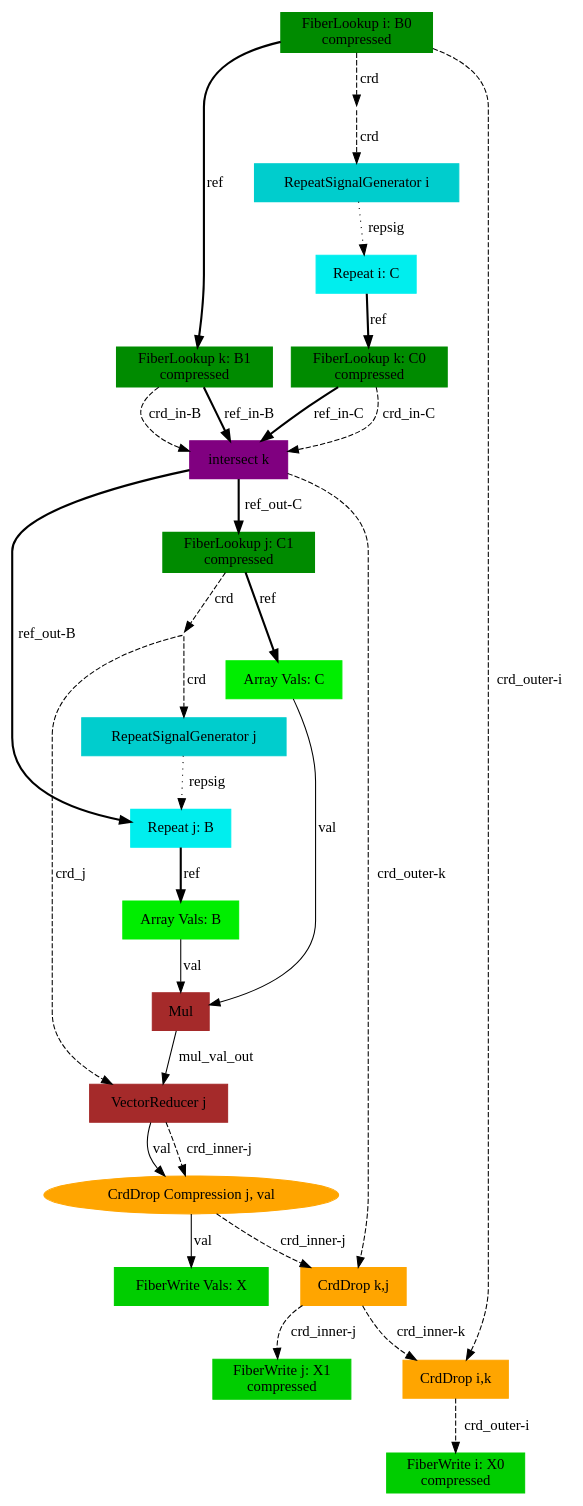
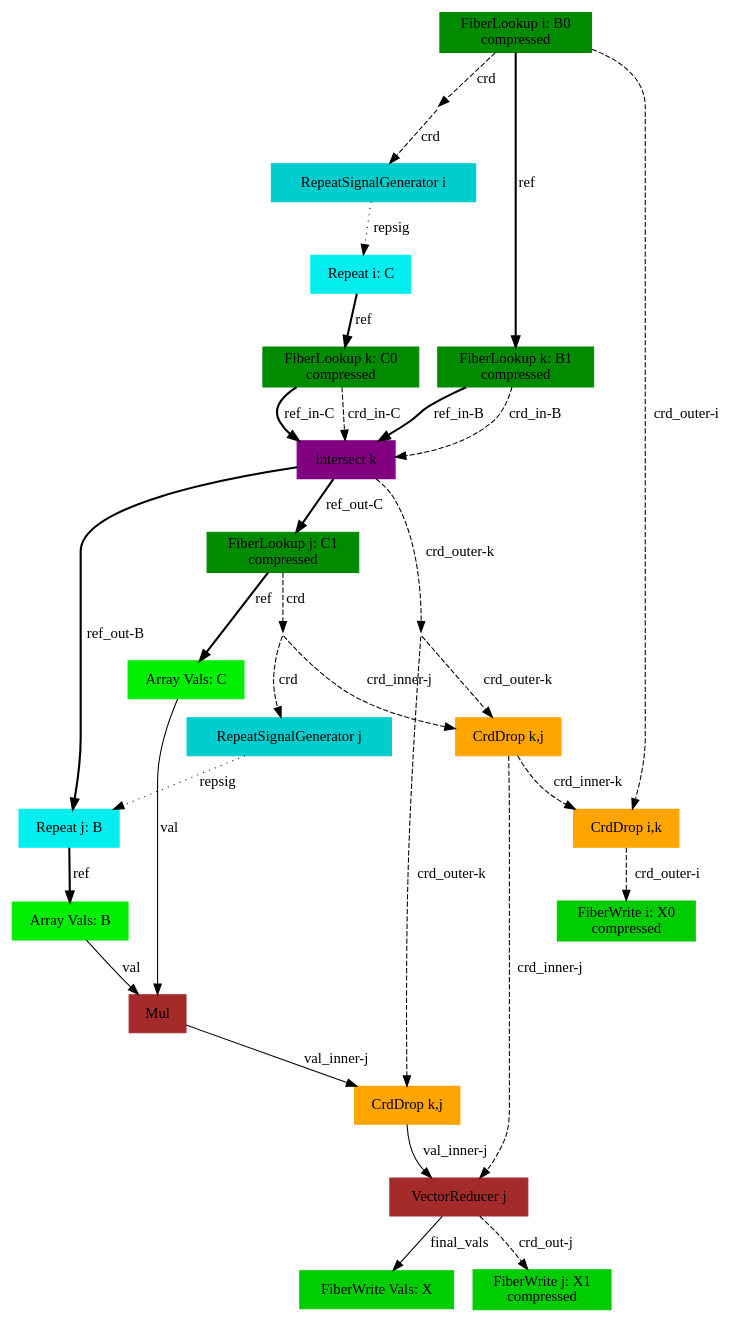
One commit to weiya711/sam changed the diagram in compiler/sam-outputs/onyx-dot/matmul_ikj.gv. Above: the diagram before and after it, drawn with Graphviz. The commit also changed 2 other files, not shown here.

```diff
--- a/compiler/sam-outputs/onyx-dot/matmul_ikj.gv
+++ b/compiler/sam-outputs/onyx-dot/matmul_ikj.gv
@@ -1,53 +1,55 @@
 digraph SAM {
     comment="X=ss01,B=ss01,C=ss01"
     20 [comment="type=vectorreducer,index=j" label="VectorReducer j" color=brown shape=box style=filled type="vectorreducer" accum_index="j"]
     0 [comment="type=fiberwrite,mode=vals,tensor=X,size=1*B0_dim*C1_dim,sink=true" label="FiberWrite Vals: X" color=green3 shape=box style=filled type="fiberwrite" tensor="X" mode="vals" size="1*B0_dim*C1_dim" sink="true"]
     1 [comment="type=fiberwrite,index=j,tensor=X,mode=1,format=compressed,segsize=B0_dim+1,crdsize=B0_dim*C1_dim,sink=true" label="FiberWrite j: X1\ncompressed" color=green3 shape=box style=filled type="fiberwrite" index="j" tensor="X" mode="1" format="compressed" segsize="B0_dim+1" crdsize="B0_dim*C1_dim" sink="true"]
     19 [comment="type=fiberlookup,index=i,tensor=B,mode=0,format=compressed,src=true,root=true" label="FiberLookup i: B0\ncompressed" color=green4 shape=box style=filled type="fiberlookup" index="i" tensor="B" mode="0" format="compressed" src="true" root="true"]
     18 [comment="type=broadcast" shape=point style=invis type="broadcast"]
     2 [comment="type=fiberwrite,index=i,tensor=X,mode=0,format=compressed,segsize=2,crdsize=B0_dim,sink=true" label="FiberWrite i: X0\ncompressed" color=green3 shape=box style=filled type="fiberwrite" index="i" tensor="X" mode="0" format="compressed" segsize="2" crdsize="B0_dim" sink="true"]
     17 [comment="type=repsiggen,index=i" label="RepeatSignalGenerator i" color=cyan3 shape=box style=filled type="repsiggen" index="i"]
     16 [comment="type=repeat,index=i,tensor=C,root=true" label="Repeat i: C" color=cyan2 shape=box style=filled type="repeat" index="i" tensor="C" root="true"]
     15 [comment="type=fiberlookup,index=k,tensor=C,mode=0,format=compressed,src=true,root=false" label="FiberLookup k: C0\ncompressed" color=green4 shape=box style=filled type="fiberlookup" index="k" tensor="C" mode="0" format="compressed" src="true" root="false"]
     13 [comment="type=intersect,index=k" label="intersect k" color=purple shape=box style=filled type="intersect" index="k"]
     9 [comment="type=repeat,index=j,tensor=B,root=false" label="Repeat j: B" color=cyan2 shape=box style=filled type="repeat" index="j" tensor="B" root="false"]
     7 [comment="type=arrayvals,tensor=B" label="Array Vals: B" color=green2 shape=box style=filled type="arrayvals" tensor="B"]
     6 [comment="type=mul" label="Mul" color=brown shape=box style=filled type="mul"]
     12 [comment="type=fiberlookup,index=j,tensor=C,mode=1,format=compressed,src=true,root=false" label="FiberLookup j: C1\ncompressed" color=green4 shape=box style=filled type="fiberlookup" index="j" tensor="C" mode="1" format="compressed" src="true" root="false"]
     11 [comment="type=broadcast" shape=point style=invis type="broadcast"]
+    24 [comment="type=broadcast" shape=point style=invis type="broadcast"]
     10 [comment="type=repsiggen,index=j" label="RepeatSignalGenerator j" color=cyan3 shape=box style=filled type="repsiggen" index="j"]
     8 [comment="type=arrayvals,tensor=C" label="Array Vals: C" color=green2 shape=box style=filled type="arrayvals" tensor="C"]
     14 [comment="type=fiberlookup,index=k,tensor=B,mode=1,format=compressed,src=true,root=false" label="FiberLookup k: B1\ncompressed" color=green4 shape=box style=filled type="fiberlookup" index="k" tensor="B" mode="1" format="compressed" src="true" root="false"]
-    21 [comment="type=crddrop,outer=j,inner=val,mode=0" label="CrdDrop Compression j, val" color=orange style=filled type="crddrop" outer="j" inner="val" mode="0"]
+    21 [comment="type=crddrop,outer=k,inner=j" label="CrdDrop k,j" color=orange shape=box style=filled type="crddrop" outer="k" inner="j"]
     22 [comment="type=crddrop,outer=k,inner=j" label="CrdDrop k,j" color=orange shape=box style=filled type="crddrop" outer="k" inner="j"]
     23 [comment="type=crddrop,outer=i,inner=k" label="CrdDrop i,k" color=orange shape=box style=filled type="crddrop" outer="i" inner="k"]
     19 -> 18 [label="crd" style=dashed type="crd" comment=""]
     18 -> 17 [label="crd" style=dashed type="crd" comment=""]
     17 -> 16 [label="repsig" style=dotted type="repsig"]
     16 -> 15 [label="ref" style=bold type="ref"]
     15 -> 13 [label="crd_in-C" style=dashed type="crd" comment="in-C"]
     13 -> 9 [label="ref_out-B" style=bold type="ref" comment="out-B"]
     9 -> 7 [label="ref" style=bold type="ref"]
     7 -> 6 [label="val" type="val"]
     13 -> 12 [label="ref_out-C" style=bold type="ref" comment="out-C"]
     12 -> 11 [label="crd" style=dashed type="crd" comment=""]
-    11 -> 20 [label="crd_j" style=dashed type="crd" comment="j" special="true"]
     11 -> 10 [label="crd" style=dashed type="crd" comment=""]
     10 -> 9 [label="repsig" style=dotted type="repsig"]
     12 -> 8 [label="ref" style=bold type="ref" comment=""]
     8 -> 6 [label="val" type="val"]
     15 -> 13 [label="ref_in-C" style=bold type="ref" comment="in-C"]
     19 -> 14 [label="ref" style=bold type="ref" comment=""]
     14 -> 13 [label="crd_in-B" style=dashed type="crd" comment="in-B"]
     14 -> 13 [label="ref_in-B" style=bold type="ref" comment="in-B"]
-    6 -> 20 [label="mul_val_out" type="val"]
-    21 -> 0 [label="val" type="val" comment="inner-val"]
-    21 -> 22 [label="crd_inner-j" style=dashed type="crd" comment="outer-j"]
-    13 -> 22  [label="crd_outer-k" style=dashed type="crd" comment="outer-k"]
-    20 -> 21 [label="val" type="val" comment="inner-val"]
-    20 -> 21 [label="crd_inner-j" style=dashed type="crd" comment="outer-j"]
-    22 -> 1 [label="crd_inner-j" style=dashed type="crd" comment="inner-j"]
-    22 -> 23 [label="crd_inner-k" style=dashed type="crd" comment="inner-k"]
+    6 -> 21 [label="val_inner-j" type="val" comment="inner-j"]
+    21 -> 20 [label="val_inner-j" type="val"]
+    13 -> 24 [label="crd_outer-k" style=dashed type="crd" comment="outer-k"]
+    24 -> 22  [label="crd_outer-k" style=dashed type="crd" comment="outer-k" special="true"]
+    24 -> 21  [label="crd_outer-k" style=dashed type="crd" comment="outer-k" special="true"]
+    11 -> 22 [label="crd_inner-j" style=dashed type="crd" comment="inner-j" special="true"]
+    22 -> 20 [label="crd_inner-j" style=dashed type="crd" comment="inner-j"]
     19 -> 23 [label="crd_outer-i" style=dashed type="crd" comment="outer-i"]
     23 -> 2 [label="crd_outer-i" style=dashed type="crd" comment="outer-i"]
+    20 -> 0 [label="final_vals" type="val"]
+    20 -> 1 [label="crd_out-j" style=dashed type="crd" comment="out-j"]
+    22 -> 23 [label="crd_inner-k" style=dashed type="crd" comment="inner-k"]
 }
```
